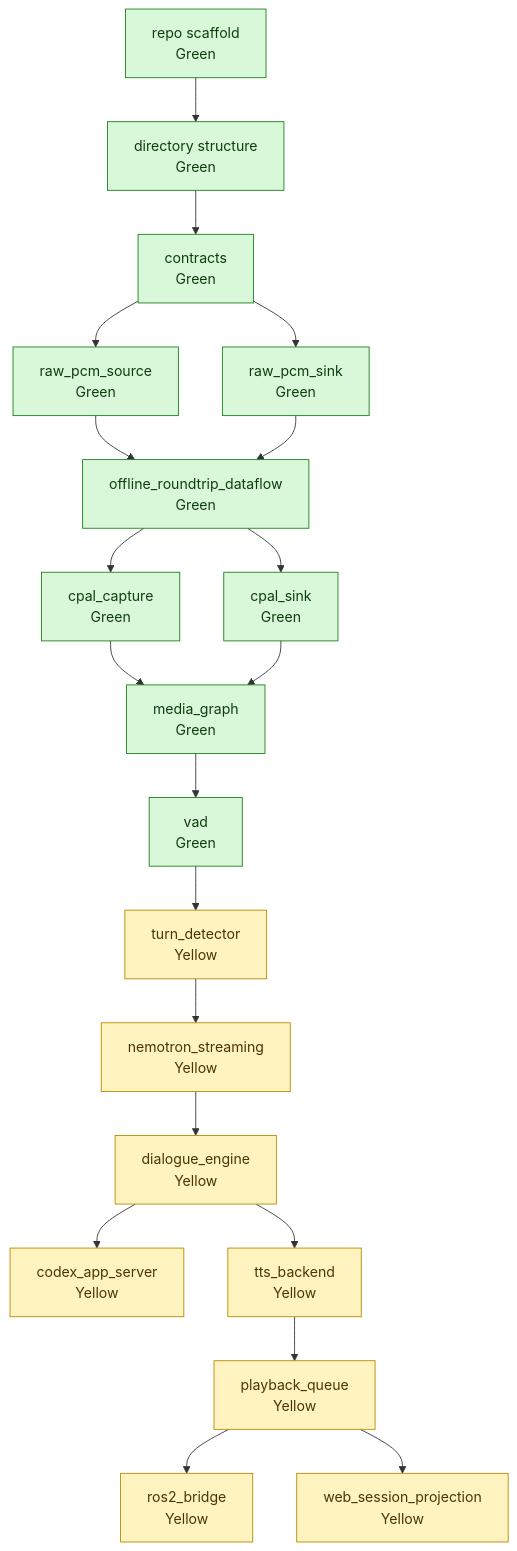
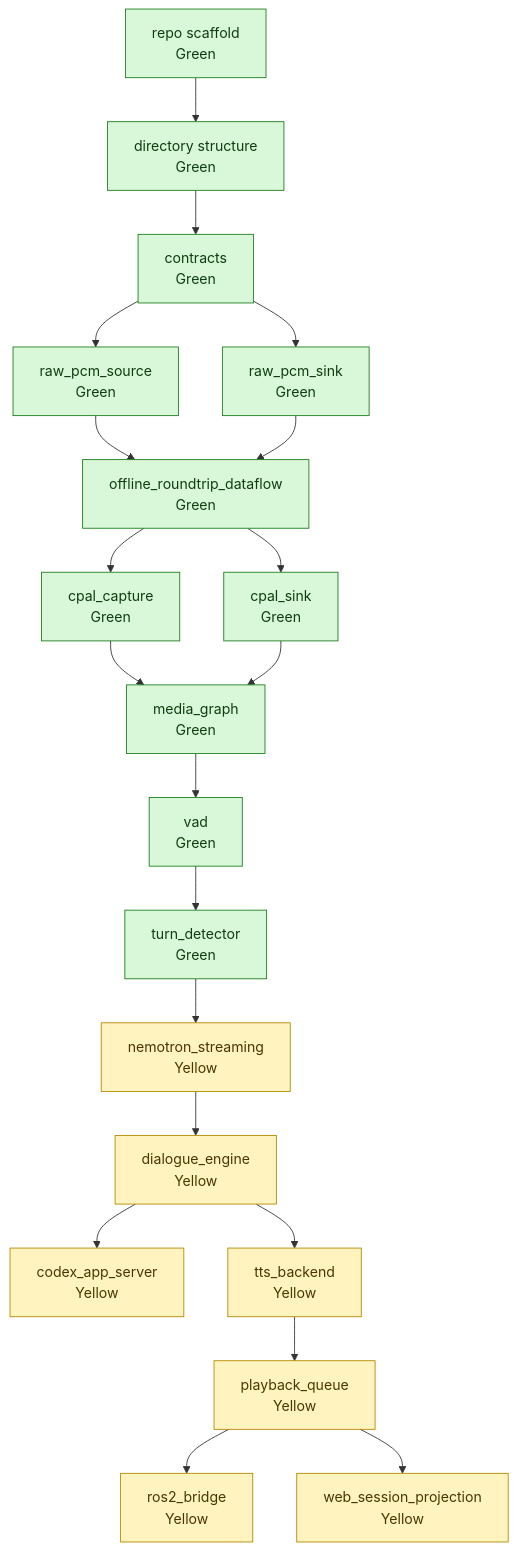
Before and after one commit to Escenda/fluent-audio: the diagram in docs/architecture/build-plan.md, drawn with Mermaid. The commit also changed other lines of this file and 8 other files, not shown here.

Commit message:
Implement turn detector DORA node

````diff
--- a/docs/architecture/build-plan.md
+++ b/docs/architecture/build-plan.md
@@ -15,47 +15,47 @@
 ```mermaid
 flowchart TD
     repo_scaffold["repo scaffold<br>Green"]
     directory_structure["directory structure<br>Green"]
     contracts["contracts<br>Green"]
     raw_pcm_source["raw_pcm_source<br>Green"]
     raw_pcm_sink["raw_pcm_sink<br>Green"]
     offline_roundtrip_dataflow["offline_roundtrip_dataflow<br>Green"]
     cpal_capture["cpal_capture<br>Green"]
     cpal_sink["cpal_sink<br>Green"]
     media_graph["media_graph<br>Green"]
     vad["vad<br>Green"]
-    turn_detector["turn_detector<br>Yellow"]
+    turn_detector["turn_detector<br>Green"]
     nemotron_streaming["nemotron_streaming<br>Yellow"]
     dialogue_engine["dialogue_engine<br>Yellow"]
     codex_app_server["codex_app_server<br>Yellow"]
     tts_backend["tts_backend<br>Yellow"]
     playback_queue["playback_queue<br>Yellow"]
     ros2_bridge["ros2_bridge<br>Yellow"]
     web_session_projection["web_session_projection<br>Yellow"]
 
     repo_scaffold --> directory_structure
     directory_structure --> contracts
     contracts --> raw_pcm_source
     contracts --> raw_pcm_sink
     raw_pcm_source --> offline_roundtrip_dataflow
     raw_pcm_sink --> offline_roundtrip_dataflow
     offline_roundtrip_dataflow --> cpal_capture
     offline_roundtrip_dataflow --> cpal_sink
     cpal_capture --> media_graph
     cpal_sink --> media_graph
     media_graph --> vad
     vad --> turn_detector
     turn_detector --> nemotron_streaming
     nemotron_streaming --> dialogue_engine
     dialogue_engine --> codex_app_server
     dialogue_engine --> tts_backend
     tts_backend --> playback_queue
     playback_queue --> ros2_bridge
     playback_queue --> web_session_projection
 
     classDef verified fill:#d9f7d9,stroke:#1b7f1b,color:#0f3d0f;
     classDef scaffold fill:#fff3bf,stroke:#b58900,color:#4a3600;
     classDef missing fill:#ffd6d6,stroke:#b00020,color:#4a0000;
-    class repo_scaffold,directory_structure,contracts,raw_pcm_source,raw_pcm_sink,offline_roundtrip_dataflow,cpal_capture,cpal_sink,media_graph,vad verified;
-    class turn_detector,nemotron_streaming,dialogue_engine,codex_app_server,tts_backend,playback_queue,ros2_bridge,web_session_projection scaffold;
+    class repo_scaffold,directory_structure,contracts,raw_pcm_source,raw_pcm_sink,offline_roundtrip_dataflow,cpal_capture,cpal_sink,media_graph,vad,turn_detector verified;
+    class nemotron_streaming,dialogue_engine,codex_app_server,tts_backend,playback_queue,ros2_bridge,web_session_projection scaffold;
 ```
````
